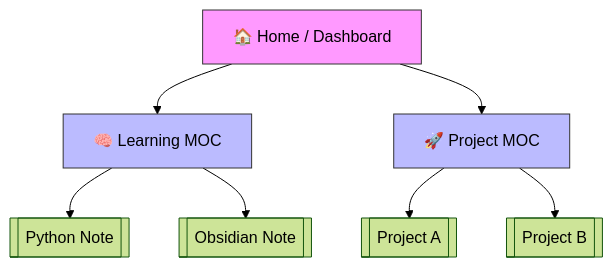
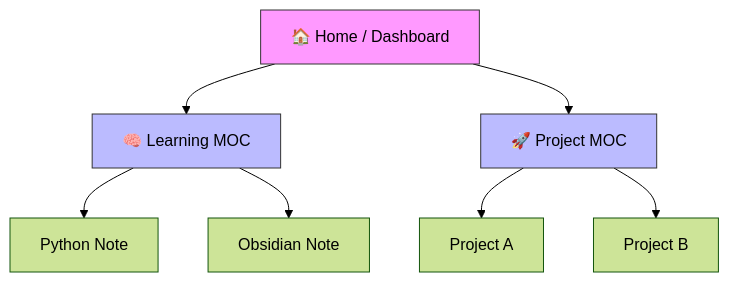
Before and after one commit to lastdays03/obsidian-vault: the diagram in 20_Learning/10_Topics/Tech_Stack/Obsidian/05_MOC_and_Search.md, drawn with Mermaid (forest theme). The commit also changed other lines of this file and 42 other files, not shown here.

````diff
--- a/20_Learning/10_Topics/Tech_Stack/Obsidian/05_MOC_and_Search.md
+++ b/20_Learning/10_Topics/Tech_Stack/Obsidian/05_MOC_and_Search.md
@@ -25,15 +25,15 @@
 ```mermaid
 graph TD
     Home[🏠 Home / Dashboard] --> MOC_Learning[🧠 Learning MOC]
     Home --> MOC_Project[🚀 Project MOC]
     
-    MOC_Learning --> Python[[Python Note]]
-    MOC_Learning --> Obsidian[[Obsidian Note]]
+    MOC_Learning --> Python[Python Note]
+    MOC_Learning --> Obsidian[Obsidian Note]
     
-    MOC_Project --> ProjA[[Project A]]
-    MOC_Project --> ProjB[[Project B]]
+    MOC_Project --> ProjA[Project A]
+    MOC_Project --> ProjB[Project B]
     
     style Home fill:#f9f,stroke:#333
     style MOC_Learning fill:#bbf,stroke:#333
     style MOC_Project fill:#bbf,stroke:#333
 ```
````
